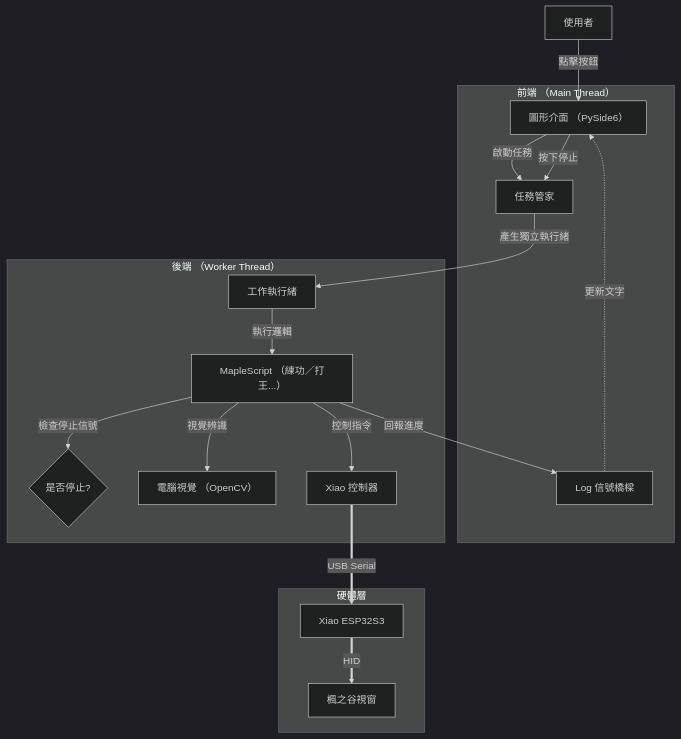
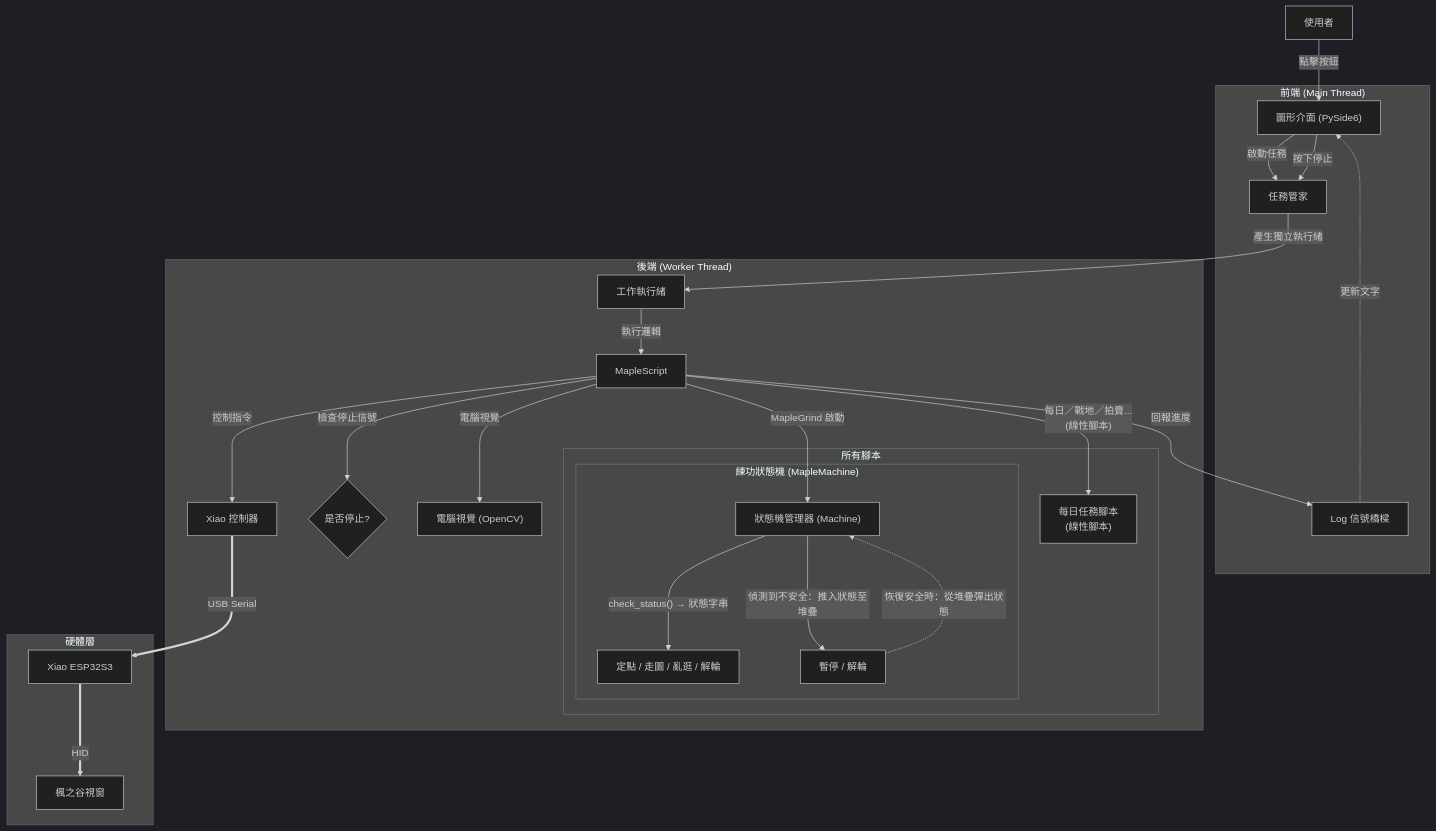
The first of 2 diagrams in README.md (abc21086999/maple_script), drawn with Mermaid (dark theme) before and after one commit. The commit also changed other lines of this file and 19 other files, not shown here.

First line of the commit message:
feat(grind): implement FSM architecture with stack-based interrupt

````diff
--- a/README.md
+++ b/README.md
@@ -50,26 +55,39 @@
 ```mermaid
 graph TD
-    User[使用者] -->|點擊按鈕| GUI[圖形介面 （PySide6）]
-    
-    subgraph "前端 （Main Thread）"
-        GUI -->|啟動任務| TaskManager[任務管家]
+    User[使用者] -->|點擊按鈕| GUI["圖形介面 (PySide6)"]
+
+    subgraph "前端 (Main Thread)"
+        GUI -->|啟動任務| TaskManager["任務管家"]
         GUI -->|按下停止| TaskManager
-        LogSignal[Log 信號橋樑] -.->|更新文字| GUI
+        LogSignal["Log 信號橋樑"] -.->|更新文字| GUI
     end
 
-    subgraph "後端 （Worker Thread）"
-        TaskManager -->|產生獨立執行緒| Worker[工作執行緒]
-        Worker -->|執行邏輯| Script[MapleScript （練功／打王...）]
-        
+    subgraph "後端 (Worker Thread)"
+        TaskManager -->|產生獨立執行緒| Worker["工作執行緒"]
+        Worker -->|執行邏輯| Script["MapleScript"]
+
+        subgraph "所有腳本"
+            Daily["每日任務腳本\n(線性腳本)"]
+            subgraph "練功狀態機 (MapleMachine)"
+                FSM["狀態機管理器 (Machine)"]
+                State["定點 / 走圖 / 亂逛 / 解輪"]
+                PauseState["暫停 / 解輪"]
+                FSM -->|"check_status() → 狀態字串"| State
+                FSM -->|"偵測到不安全：推入狀態至堆疊"| PauseState
+                PauseState -.->|"恢復安全時：從堆疊彈出狀態"| FSM
+            end
+        end
+
+        Script -->|"每日／戰地／拍賣...\n(線性腳本)"| Daily
+        Script -->|MapleGrind 啟動| FSM
         Script -->|回報進度| LogSignal
-        Script -->|檢查停止信號| StopEvent{是否停止?}
-        
-        Script -->|視覺辨識| Vision[電腦視覺 （OpenCV）]
-        Script -->|控制指令| Controller[Xiao 控制器]
+        Script -->|檢查停止信號| StopEvent{"是否停止?"}
+        Script -->|電腦視覺| Vision["電腦視覺 (OpenCV)"]
+        Script -->|控制指令| Controller["Xiao 控制器"]
     end
 
     subgraph "硬體層"
-        Controller ==>|USB Serial| XiaoBoard[Xiao ESP32S3]
-        XiaoBoard ==>|HID| Game[楓之谷視窗]
+        Controller ==>|USB Serial| XiaoBoard["Xiao ESP32S3"]
+        XiaoBoard ==>|HID| Game["楓之谷視窗"]
     end
 ```
````
